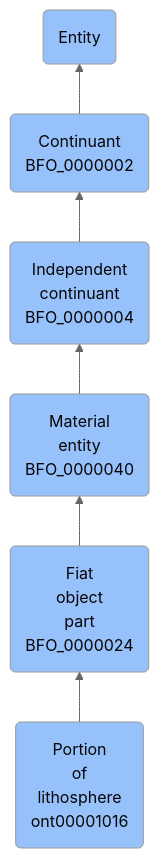
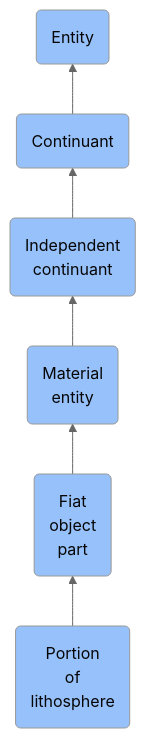
Before and after one commit to jupyter-naas/abi: the diagram in docs/ontology/reference/model/Entity/Continuant/Independent continuant/Material entity/Fiat object part/Portion of lithosphere/Portion of lithosphere.md, drawn with Mermaid (neutral theme). The commit also changed other lines of this file and 1430 other files, not shown here.

````diff
--- a/docs/ontology/reference/model/Entity/Continuant/Independent continuant/Material entity/Fiat object part/Portion of lithosphere/Portion of lithosphere.md
+++ b/docs/ontology/reference/model/Entity/Continuant/Independent continuant/Material entity/Fiat object part/Portion of lithosphere/Portion of lithosphere.md
@@ -24,13 +24,13 @@
 ```mermaid
 graph BT
-    ont00001016(Portion<br>of<br>lithosphere<br>ont00001016):::BFO-->BFO_0000024
-    BFO_0000024(Fiat<br>object<br>part<br>BFO_0000024):::BFO-->BFO_0000040
-    BFO_0000040(Material<br>entity<br>BFO_0000040):::BFO-->BFO_0000004
-    BFO_0000004(Independent<br>continuant<br>BFO_0000004):::BFO-->BFO_0000002
-    BFO_0000002(Continuant<br>BFO_0000002):::BFO-->BFO_0000001
+    ont00001016(Portion<br>of<br>lithosphere):::BFO-->BFO_0000024
+    BFO_0000024(Fiat<br>object<br>part):::BFO-->BFO_0000040
+    BFO_0000040(Material<br>entity):::BFO-->BFO_0000004
+    BFO_0000004(Independent<br>continuant):::BFO-->BFO_0000002
+    BFO_0000002(Continuant):::BFO-->BFO_0000001
     BFO_0000001(Entity):::BFO
     
     classDef BFO fill:#97c1fb,color:#060606
     classDef CCO fill:#e4c51e,color:#060606
     classDef ABI fill:#48DD82,color:#060606
 ```
````
